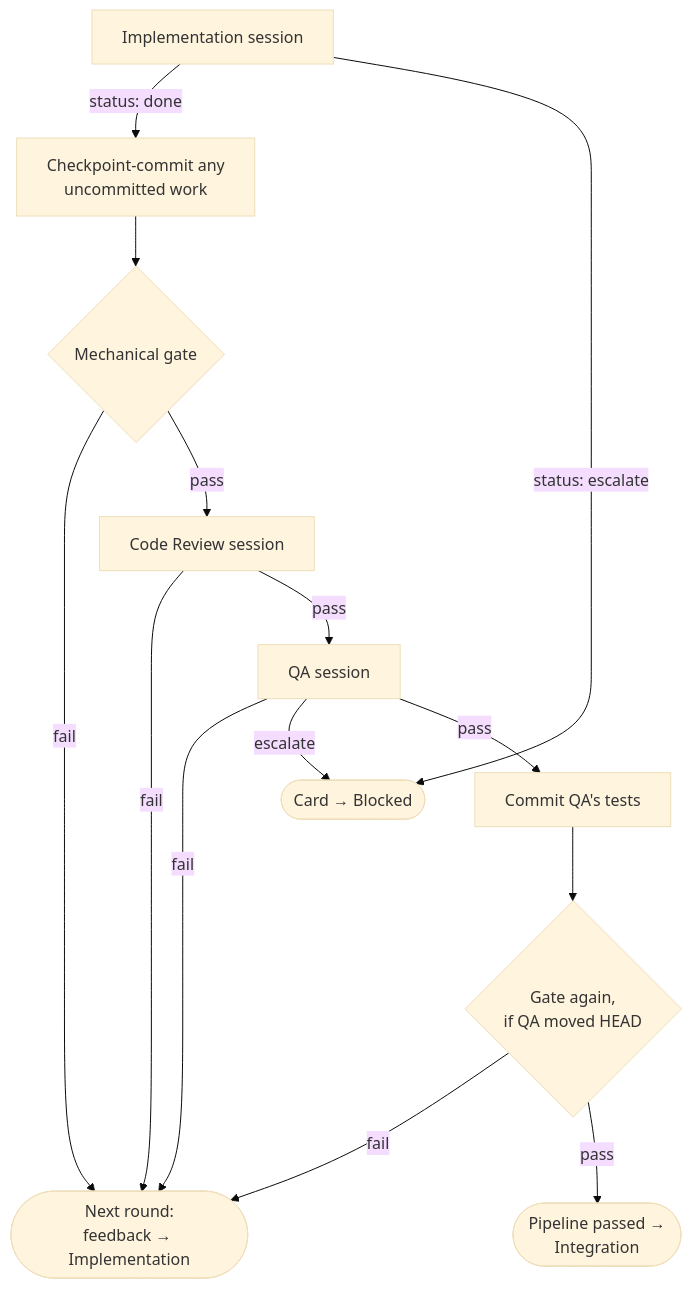
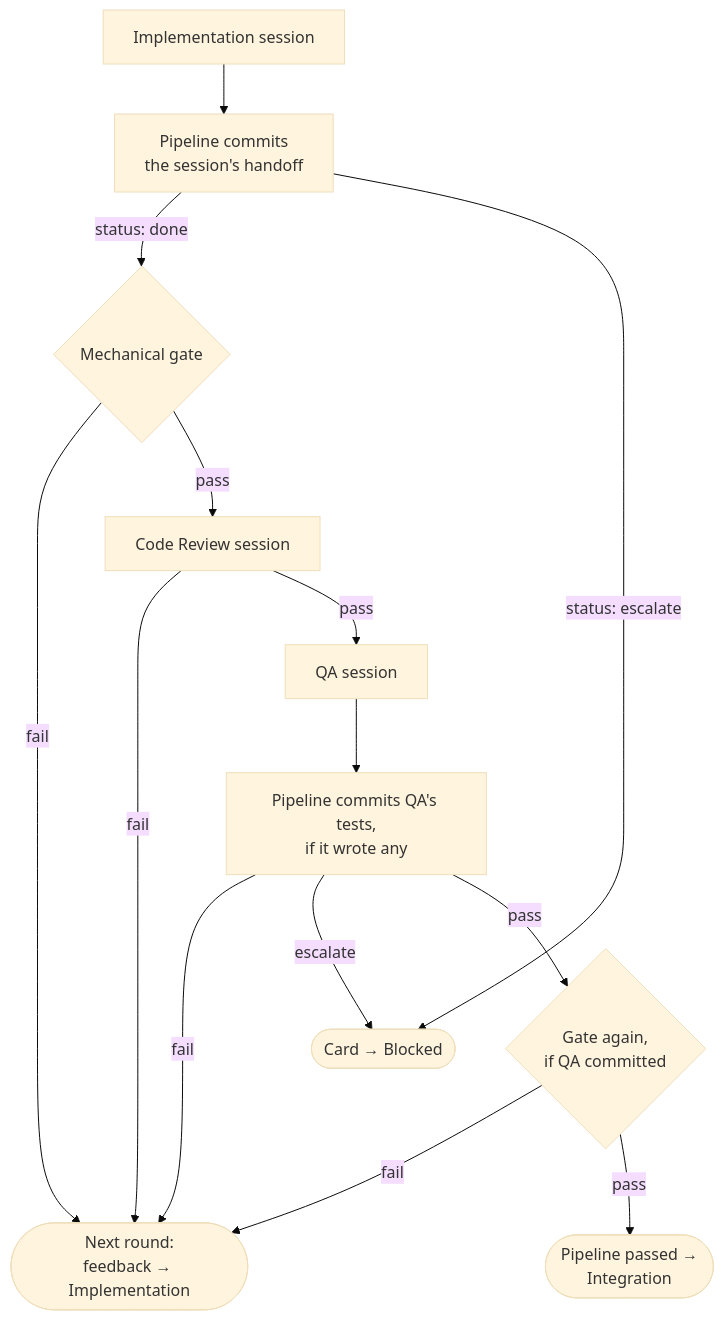
Before and after one commit to rdaruszka/jfdi: the diagram in docs/guide/pipeline.md, drawn with Mermaid (base theme). The commit also changed other lines of this file and 17 other files, not shown here.

First line of the commit message:
Docs, prompts and guidelines follow the pipeline's commits

````diff
--- a/docs/guide/pipeline.md
+++ b/docs/guide/pipeline.md
@@ -18,16 +18,16 @@
 ```mermaid
 flowchart TD
-    IMPL[Implementation session] -->|status: done| CHK[Checkpoint-commit any<br/>uncommitted work]
-    IMPL -->|status: escalate| BLOCKED([Card → Blocked])
-    CHK --> GATE{Mechanical gate}
+    IMPL[Implementation session] --> CHK[Pipeline commits<br/>the session's handoff]
+    CHK -->|status: done| GATE{Mechanical gate}
+    CHK -->|status: escalate| BLOCKED([Card → Blocked])
     GATE -->|fail| RETRY([Next round:<br/>feedback → Implementation])
     GATE -->|pass| CR[Code Review session]
     CR -->|fail| RETRY
     CR -->|pass| QA[QA session]
-    QA -->|fail| RETRY
-    QA -->|escalate| BLOCKED
-    QA -->|pass| QACOMMIT[Commit QA's tests]
-    QACOMMIT --> GATE2{Gate again,<br/>if QA moved HEAD}
+    QA --> QACOMMIT[Pipeline commits QA's tests,<br/>if it wrote any]
+    QACOMMIT -->|fail| RETRY
+    QACOMMIT -->|escalate| BLOCKED
+    QACOMMIT -->|pass| GATE2{Gate again,<br/>if QA committed}
     GATE2 -->|fail| RETRY
     GATE2 -->|pass| PASSED([Pipeline passed →<br/>Integration])
 ```
````
